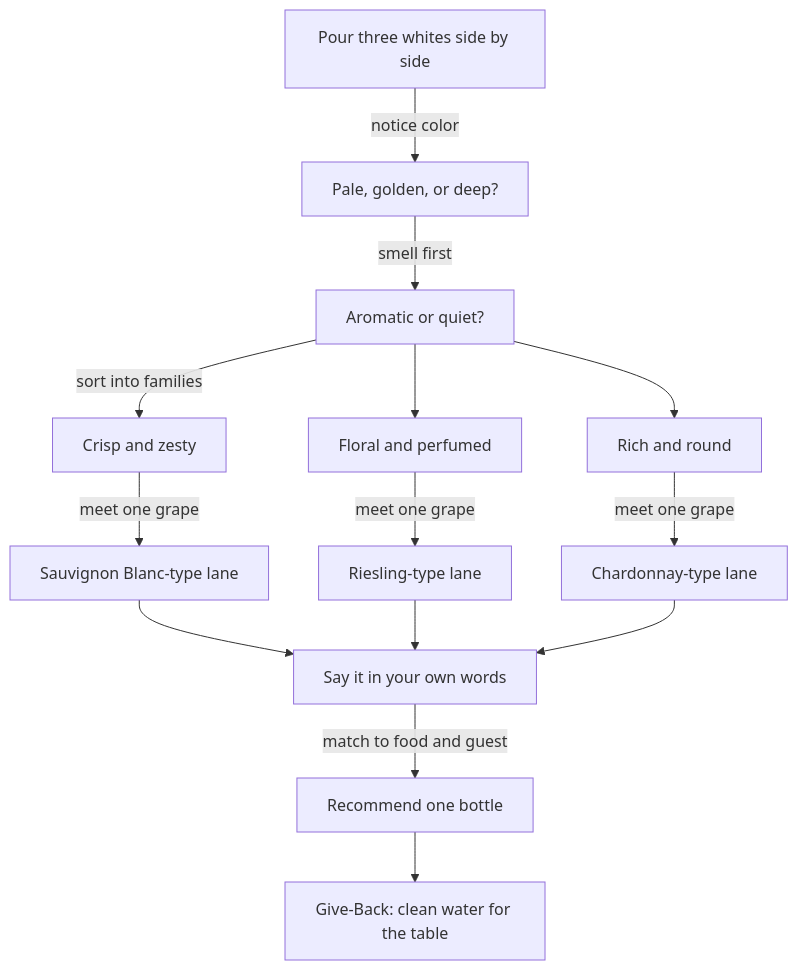
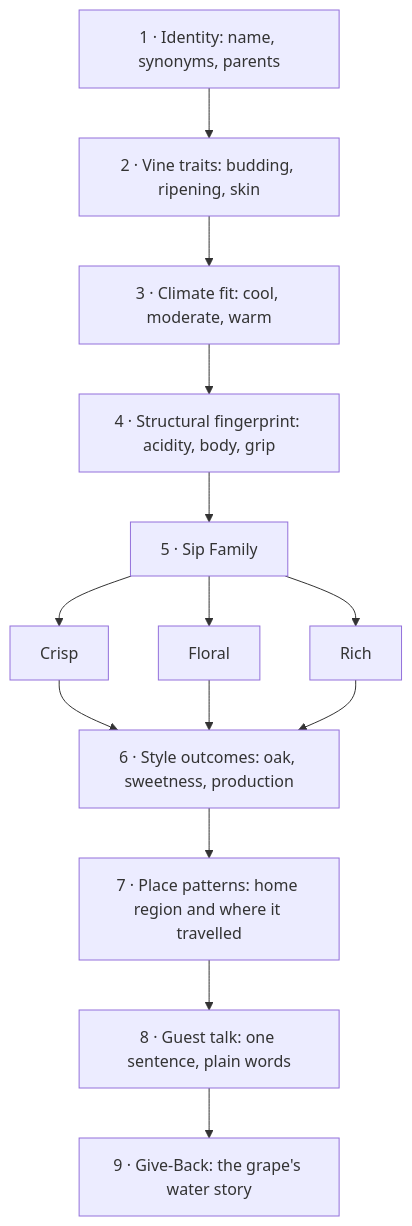
One commit to Sip-Coder/Sip-Stack changed the diagram in experience-charts/02-white-grapes.md. Above: the diagram before and after it, drawn with Mermaid. The commit also changed other lines of this file, not shown here.

Commit message:
Rebuild experience-charts/02-white-grapes.md: grape species analysis for charts 02/03

````diff
--- a/experience-charts/02-white-grapes.md
+++ b/experience-charts/02-white-grapes.md
@@ -6,16 +10,16 @@
 ```mermaid
 flowchart TD
-  A["Pour three whites side by side"] -->|"notice color"| B["Pale, golden, or deep?"]
-  B -->|"smell first"| C["Aromatic or quiet?"]
-  C -->|"sort into families"| D["Crisp and zesty"]
-  C --> E["Floral and perfumed"]
-  C --> F["Rich and round"]
-  D -->|"meet one grape"| G["Sauvignon Blanc-type lane"]
-  E -->|"meet one grape"| H["Riesling-type lane"]
-  F -->|"meet one grape"| I["Chardonnay-type lane"]
-  G --> J["Say it in your own words"]
-  H --> J
-  I --> J
-  J -->|"match to food and guest"| K["Recommend one bottle"]
-  K --> L["Give-Back: clean water for the table"]
+  A["1 · Identity: name, synonyms, parents"] --> B["2 · Vine traits: budding, ripening, skin"]
+  B --> C["3 · Climate fit: cool, moderate, warm"]
+  C --> D["4 · Structural fingerprint: acidity, body, grip"]
+  D --> E["5 · Sip Family"]
+  E --> F1["Crisp"]
+  E --> F2["Floral"]
+  E --> F3["Rich"]
+  F1 --> G["6 · Style outcomes: oak, sweetness, production"]
+  F2 --> G
+  F3 --> G
+  G --> H["7 · Place patterns: home region and where it travelled"]
+  H --> I["8 · Guest talk: one sentence, plain words"]
+  I --> J["9 · Give-Back: the grape's water story"]
 ```
````
